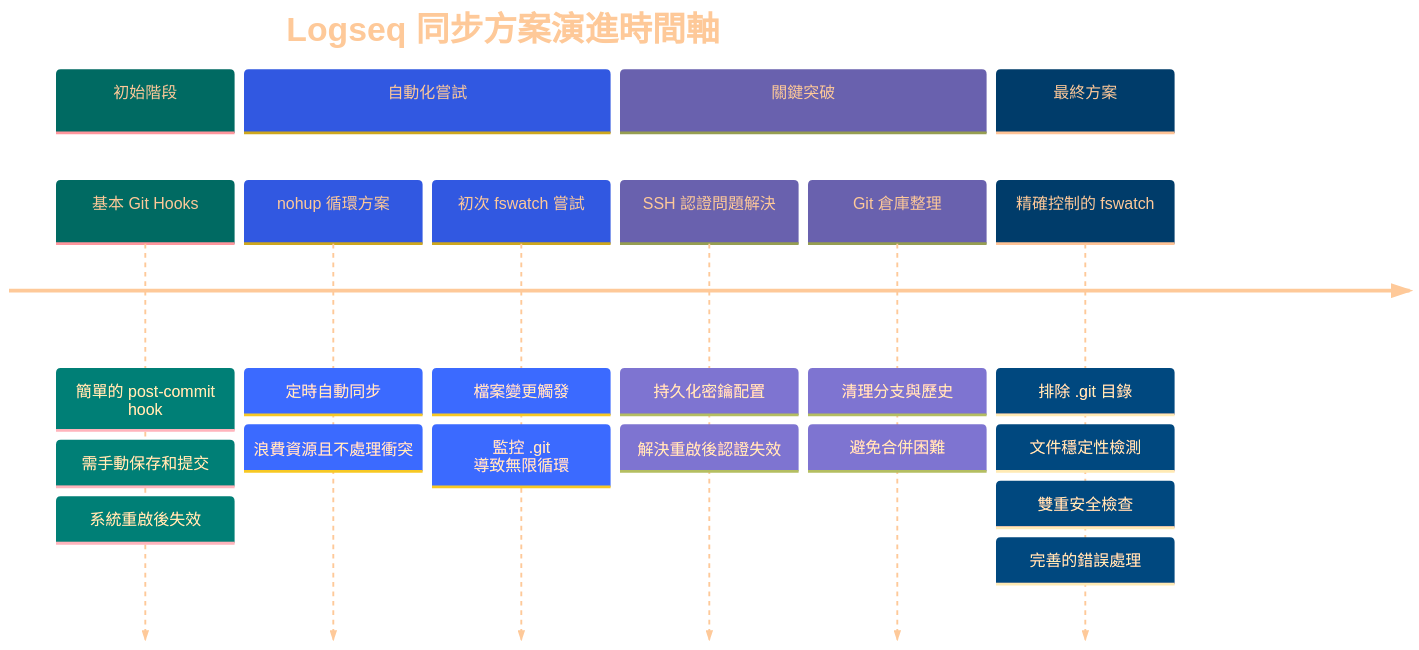
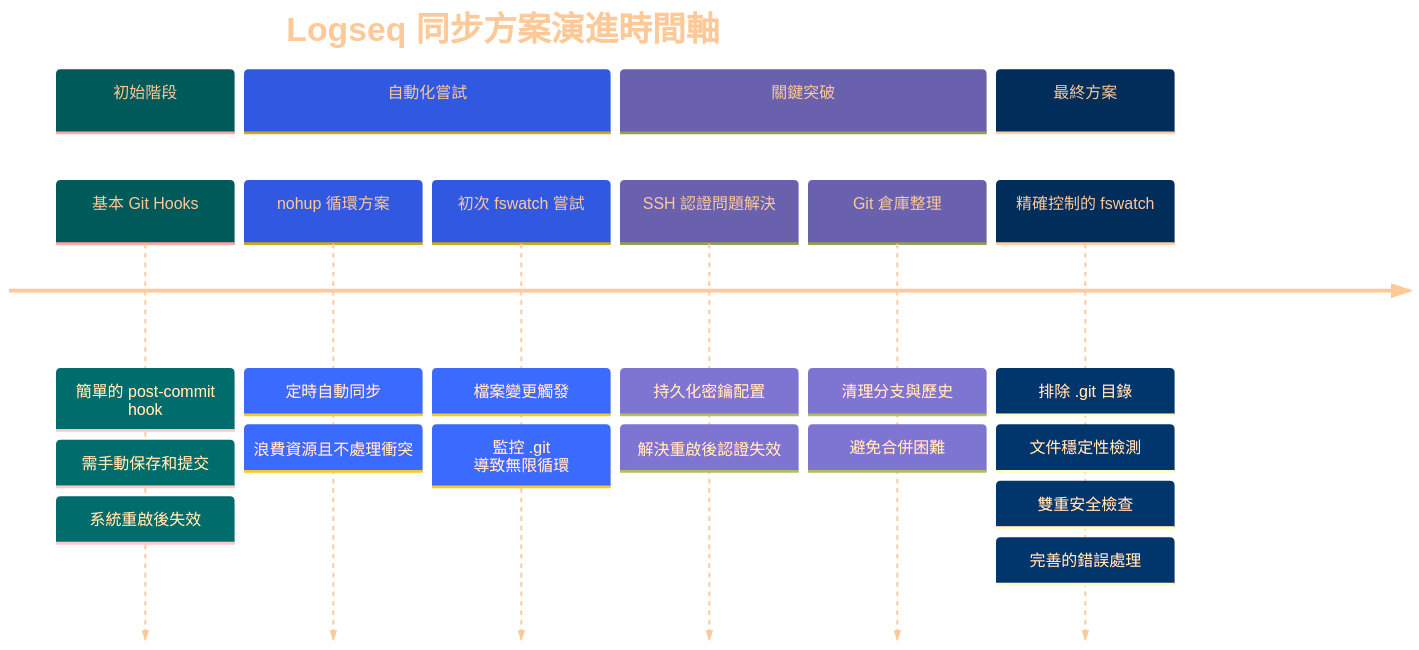
One commit to GengGeng026/Sync-Logseq changed the first of 2 diagrams in Logseq同步方案演進記錄.md. Above: the diagram before and after it, drawn with Mermaid.

Commit message:
Auto-sync: Wed Mar 26 10:50:06 +08 2025

````diff
--- a/Logseq同步方案演進記錄.md
+++ b/Logseq同步方案演進記錄.md
@@ -24,38 +24,38 @@
 ```mermaid
 %%{init: {
   'theme': 'base', 
   'themeVariables': {
     'primaryTextColor': '#FEC999',
-    'primaryColor': '#00E9D9',
+    'primaryColor': '#00D9D9',
     'secondaryColor': '#A0B2F1',
     'tertiaryColor': '#B9B5D9',
     'primaryBorderColor': '#A9D9D9',
     'background': 'transparent',
     'clusterBkg': 'transparent',
     'fontFamily': 'default',
     'fontSize': '17px',
     'fontWeight': 'normal'
   }
 }}%%
 timeline
     title Logseq 同步方案演進時間軸
     section 初始階段
         基本 Git Hooks : 簡單的 post-commit hook
         : 需手動保存和提交
         : 系統重啟後失效
     section 自動化嘗試
         nohup 循環方案 : 定時自動同步
         : 浪費資源且不處理衝突
         初次 fswatch 嘗試 : 檔案變更觸發
         : 監控 .git 導致無限循環
     section 關鍵突破
         SSH 認證問題解決 : 持久化密鑰配置
         : 解決重啟後認證失效
         Git 倉庫整理 : 清理分支與歷史
         : 避免合併困難
     section 最終方案
         精確控制的 fswatch : 排除 .git 目錄
         : 文件穩定性檢測
         : 雙重安全檢查
         : 完善的錯誤處理
 ```
````
